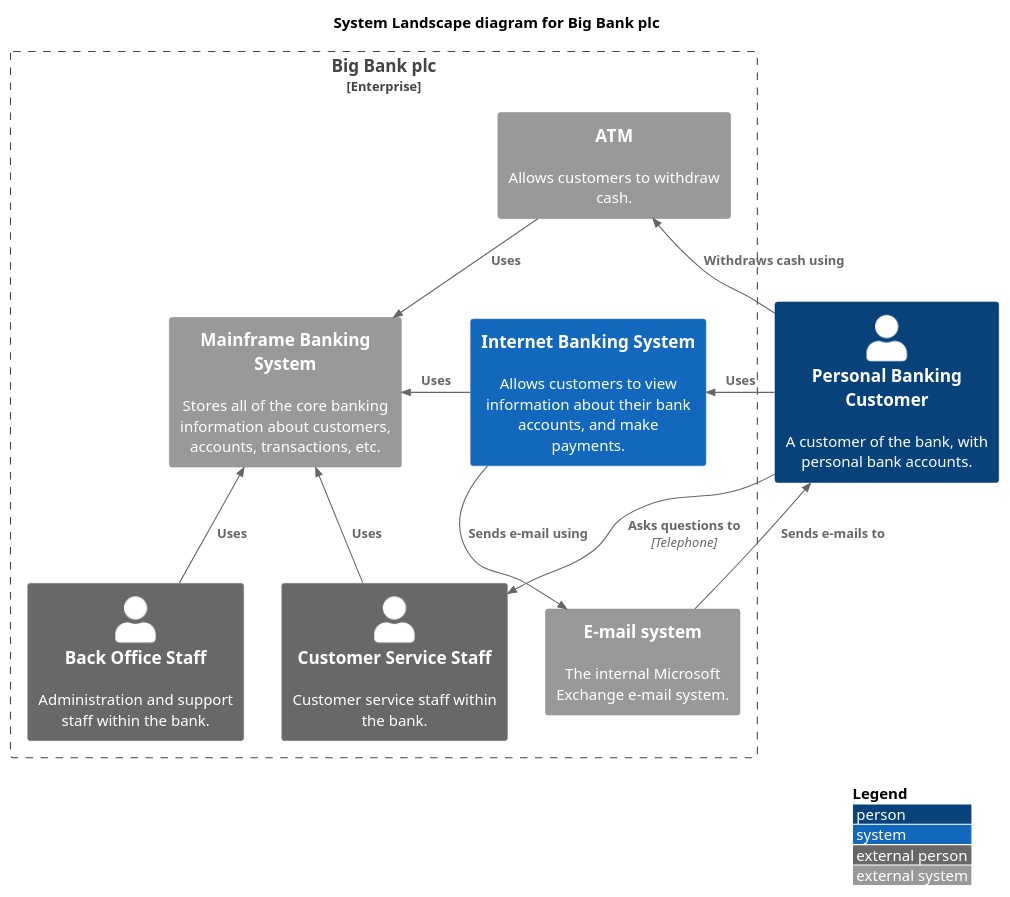
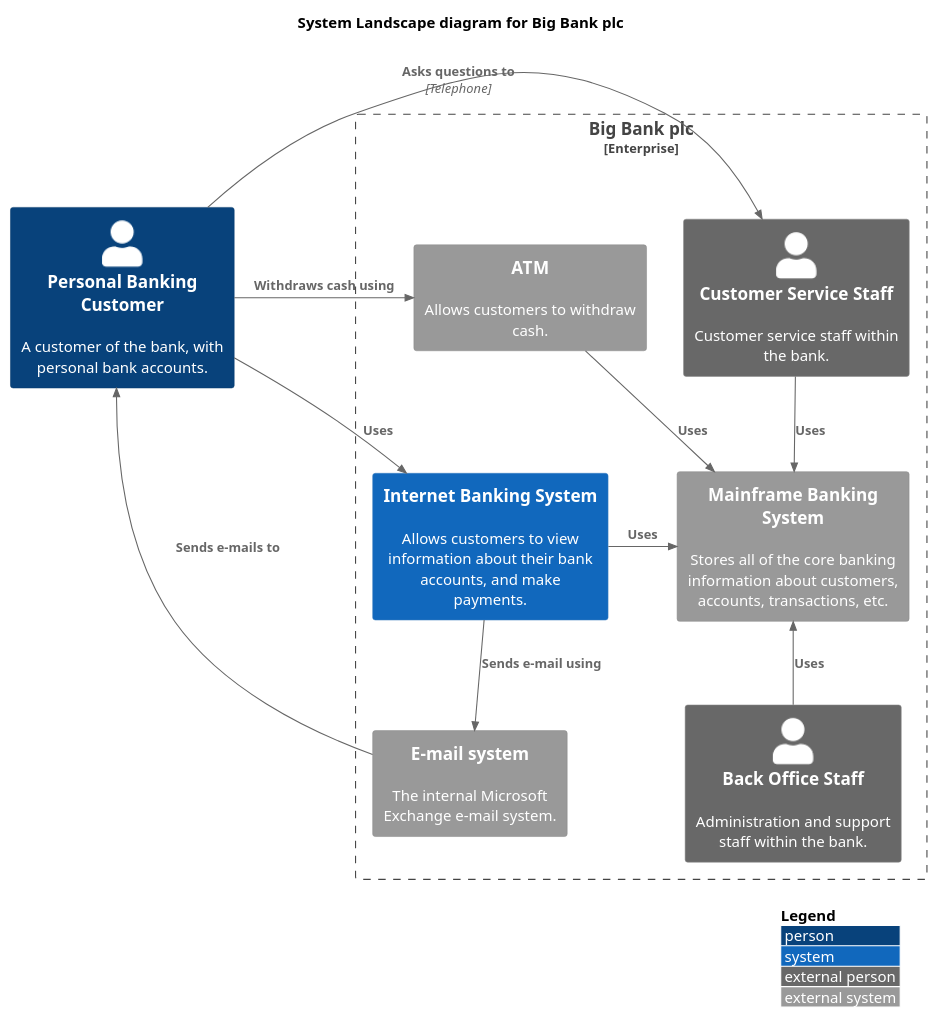
The diagram in docs/1000/c4/context/context_level0.md (peerapongv/cdac-repo), drawn with PlantUML before and after one commit.

Commit message:
change it tol regular Rel

````diff
--- a/docs/1000/c4/context/context_level0.md
+++ b/docs/1000/c4/context/context_level0.md
@@ -1,44 +1,44 @@
 ```kroki-plantuml
 @startuml
 !include https://raw.githubusercontent.com/plantuml-stdlib/C4-PlantUML/master/C4_Context.puml
 ' uncomment the following line and comment the first to use locally
 ' !include C4_Context.puml
 
 'LAYOUT_TOP_DOWN()
 'LAYOUT_AS_SKETCH()
 LAYOUT_WITH_LEGEND()
 
 title System Landscape diagram for Big Bank plc
 
 Person(customer, "Personal Banking Customer", "A customer of the bank, with personal bank accounts.")
 
 Enterprise_Boundary(c0, "Big Bank plc") {
     System(banking_system, "Internet Banking System", "Allows customers to view information about their bank accounts, and make payments.")
 
     System_Ext(atm, "ATM", "Allows customers to withdraw cash.")
     System_Ext(mail_system, "E-mail system", "The internal Microsoft Exchange e-mail system.")
 
     System_Ext(mainframe, "Mainframe Banking System", "Stores all of the core banking information about customers, accounts, transactions, etc.")
 
     Person_Ext(customer_service, "Customer Service Staff", "Customer service staff within the bank.")
     Person_Ext(back_office, "Back Office Staff", "Administration and support staff within the bank.")
 }
 
 Rel_Neighbor(customer, banking_system, "Uses")
 Rel_R(customer, atm, "Withdraws cash using")
 Rel_Back(customer, mail_system, "Sends e-mails to")
 
 Rel_R(customer, customer_service, "Asks questions to", "Telephone")
 
 Rel_D(banking_system, mail_system, "Sends e-mail using")
 Rel_R(atm, mainframe, "Uses")
 Rel_R(banking_system, mainframe, "Uses")
-Rel_U(customer_service, mainframe, "Uses")
+Rel(customer_service, mainframe, "Uses")
 Rel_U(back_office, mainframe, "Uses")
 
 Lay_D(atm, banking_system)
 
 Lay_D(atm, customer)
 Lay_U(mail_system, customer)
 @enduml
 ```
````
